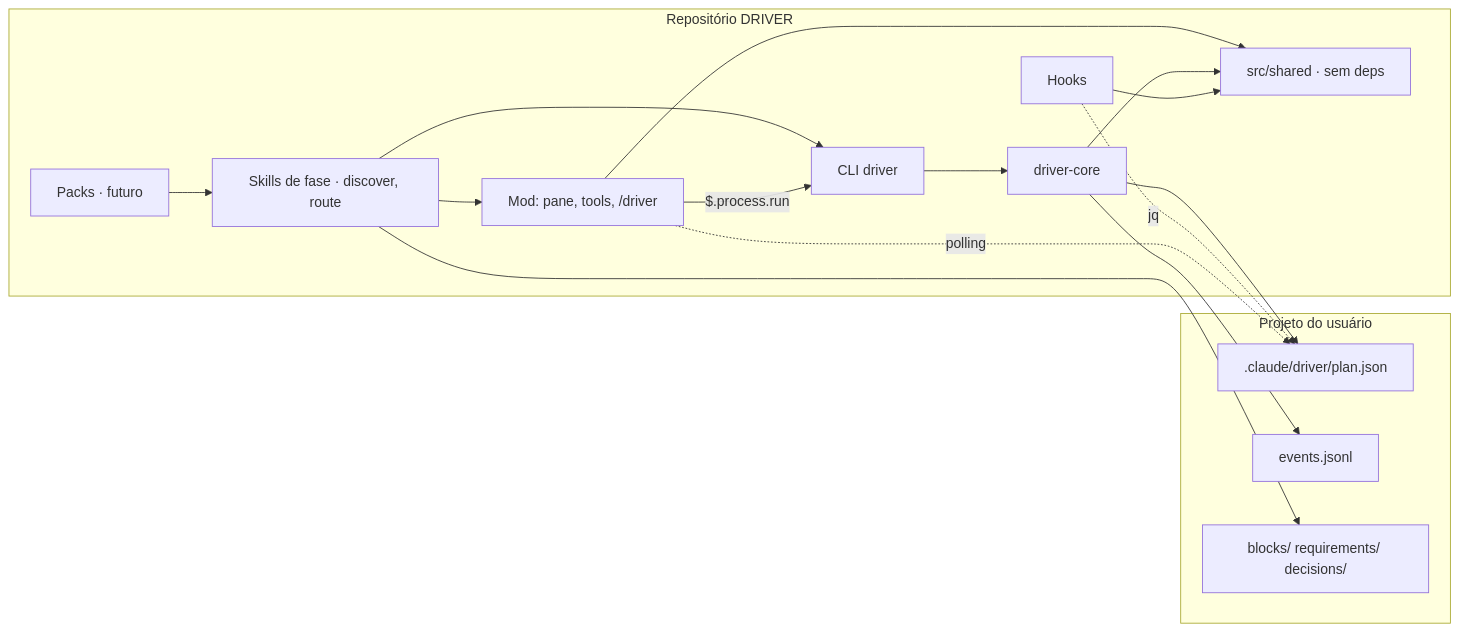
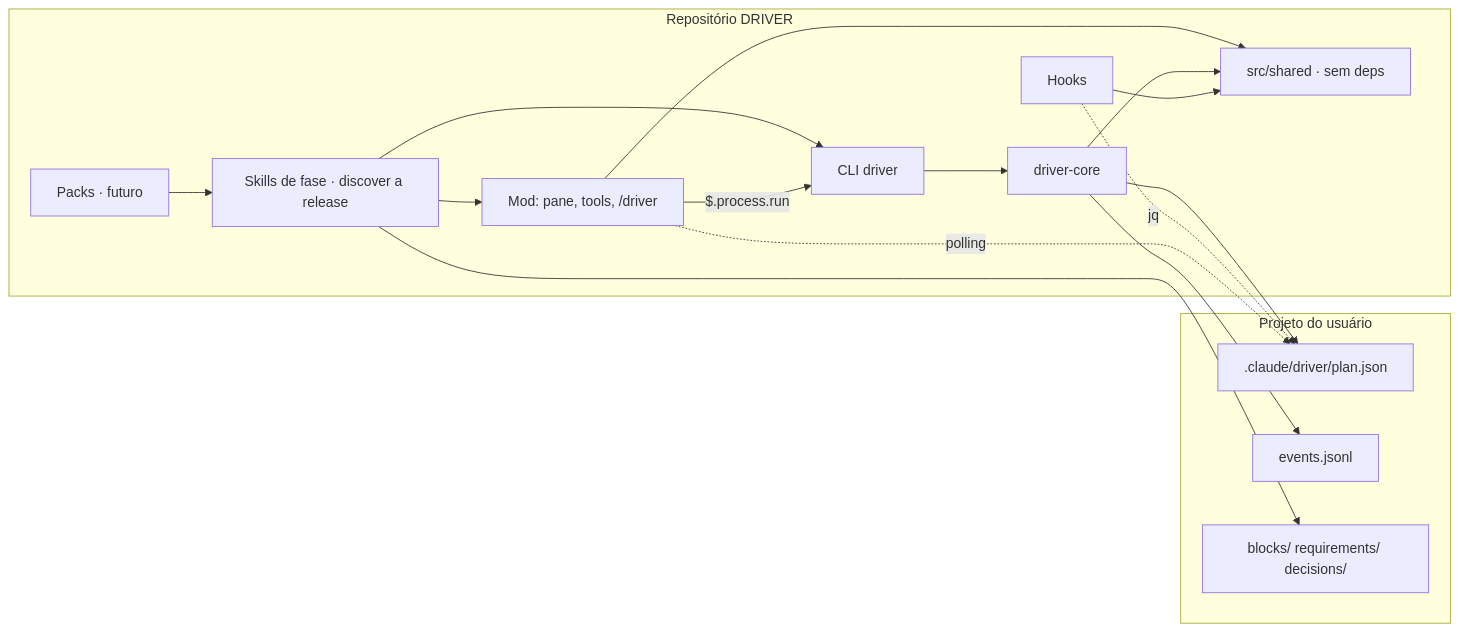
One commit to DiogoHSM/driver changed the diagram in .claude/docs/ARCHITECTURE.md. Above: the diagram before and after it, drawn with Mermaid. The commit also changed other lines of this file and 72 other files, not shown here.

````diff
--- a/.claude/docs/ARCHITECTURE.md
+++ b/.claude/docs/ARCHITECTURE.md
@@ -41,30 +41,30 @@
 ```mermaid
 flowchart LR
   subgraph repo[Repositório DRIVER]
     core[driver-core]
     cli[CLI driver]
     hooks[Hooks]
     shared[src/shared · sem deps]
     mod[Mod: pane, tools, /driver]
-    skills[Skills de fase · discover, route]
+    skills[Skills de fase · discover a release]
     packs[Packs · futuro]
   end
   subgraph user[Projeto do usuário]
     plan[.claude/driver/plan.json]
     events[events.jsonl]
     md[blocks/ requirements/ decisions/]
   end
   skills --> cli
   skills --> mod
   cli --> core
   mod -- $.process.run --> cli
   mod --> shared
   core --> shared
   hooks --> shared
   core --> plan
   core --> events
   hooks -. jq .-> plan
   mod -. polling .-> plan
   packs --> skills
   skills --> md
 ```
````
